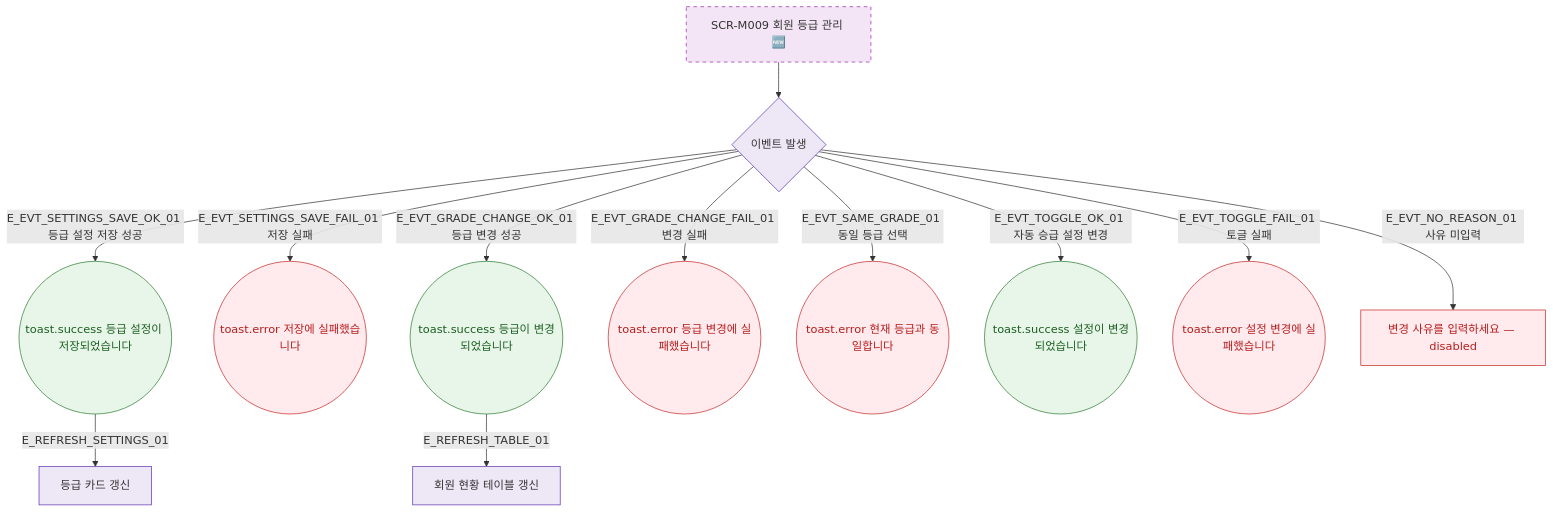
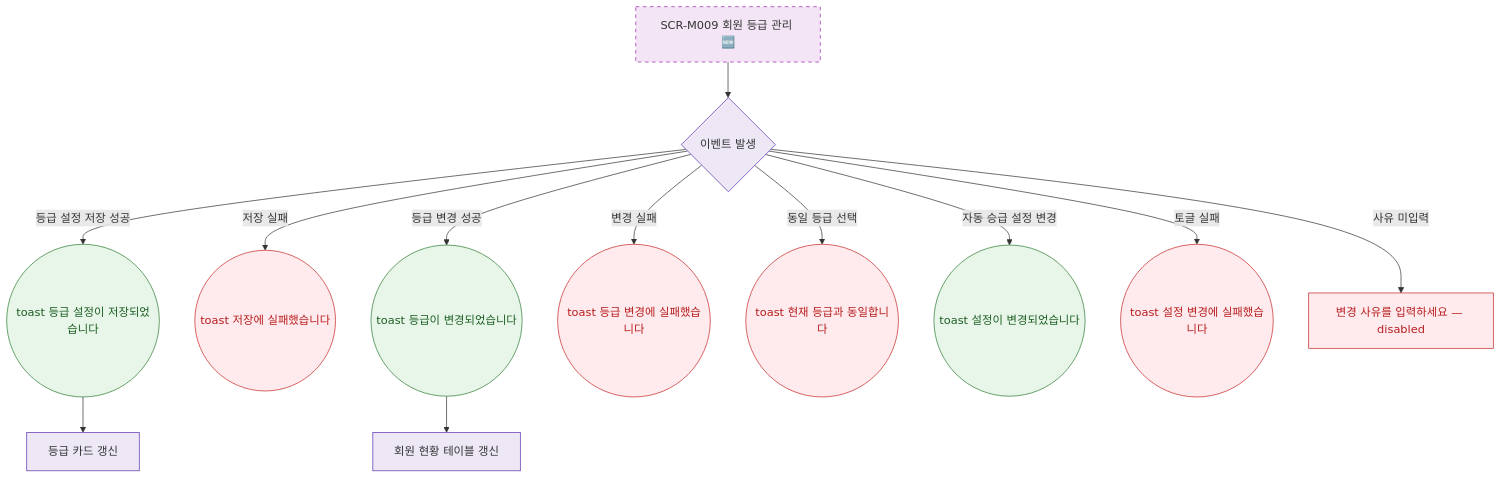
One commit to dev-spogym/admin-pando changed the diagram in docs/다이어그램/D02_회원관리/SCR-M009_등급관리/F9_토스트피드백.md. Above: the diagram before and after it, drawn with Mermaid. The commit also changed other lines of this file and 1660 other files, not shown here.

First line of the commit message:
다이어그램: 기획자/클라이언트 납품본으로 정리

````diff
--- a/docs/다이어그램/D02_회원관리/SCR-M009_등급관리/F9_토스트피드백.md
+++ b/docs/다이어그램/D02_회원관리/SCR-M009_등급관리/F9_토스트피드백.md
@@ -22,28 +20,28 @@
 ```mermaid
 flowchart TD
   SCR_M009[SCR-M009 회원 등급 관리 🆕]
 
   SCR_M009 --> EVT{이벤트 발생}
 
-  EVT -->|E_EVT_SETTINGS_SAVE_OK_01 등급 설정 저장 성공| TOAST_SETTINGS_OK((toast.success 등급 설정이 저장되었습니다))
-  EVT -->|E_EVT_SETTINGS_SAVE_FAIL_01 저장 실패| TOAST_SETTINGS_ERR((toast.error 저장에 실패했습니다))
-  EVT -->|E_EVT_GRADE_CHANGE_OK_01 등급 변경 성공| TOAST_GRADE_OK((toast.success 등급이 변경되었습니다))
-  EVT -->|E_EVT_GRADE_CHANGE_FAIL_01 변경 실패| TOAST_GRADE_ERR((toast.error 등급 변경에 실패했습니다))
-  EVT -->|E_EVT_SAME_GRADE_01 동일 등급 선택| TOAST_SAME((toast.error 현재 등급과 동일합니다))
-  EVT -->|E_EVT_TOGGLE_OK_01 자동 승급 설정 변경| TOAST_TOGGLE_OK((toast.success 설정이 변경되었습니다))
-  EVT -->|E_EVT_TOGGLE_FAIL_01 토글 실패| TOAST_TOGGLE_ERR((toast.error 설정 변경에 실패했습니다))
-  EVT -->|E_EVT_NO_REASON_01 사유 미입력| FIELD_ERR[변경 사유를 입력하세요 — disabled]
+  EVT -->|등급 설정 저장 성공|TOAST_SETTINGS_OK((toast 등급 설정이 저장되었습니다))
+  EVT -->|저장 실패|TOAST_SETTINGS_ERR((toast 저장에 실패했습니다))
+  EVT -->|등급 변경 성공|TOAST_GRADE_OK((toast 등급이 변경되었습니다))
+  EVT -->|변경 실패|TOAST_GRADE_ERR((toast 등급 변경에 실패했습니다))
+  EVT -->|동일 등급 선택|TOAST_SAME((toast 현재 등급과 동일합니다))
+  EVT -->|자동 승급 설정 변경|TOAST_TOGGLE_OK((toast 설정이 변경되었습니다))
+  EVT -->|토글 실패|TOAST_TOGGLE_ERR((toast 설정 변경에 실패했습니다))
+  EVT -->|사유 미입력|FIELD_ERR[변경 사유를 입력하세요 — disabled]
 
-  TOAST_SETTINGS_OK -->|E_REFRESH_SETTINGS_01| REFRESH_CARDS[등급 카드 갱신]
-  TOAST_GRADE_OK    -->|E_REFRESH_TABLE_01| REFRESH_TABLE[회원 현황 테이블 갱신]
+  TOAST_SETTINGS_OK --> REFRESH_CARDS[등급 카드 갱신]
+  TOAST_GRADE_OK --> REFRESH_TABLE[회원 현황 테이블 갱신]
 
   classDef newFeature fill:#F3E5F5,stroke:#9C27B0,stroke-dasharray:5 5
-  classDef success    fill:#E8F5E9,stroke:#2E7D32,color:#1B5E20
-  classDef error      fill:#FFEBEE,stroke:#C62828,color:#B71C1C
-  classDef system     fill:#EDE7F6,stroke:#5E35B2
+  classDef success fill:#E8F5E9,stroke:#2E7D32,color:#1B5E20
+  classDef error fill:#FFEBEE,stroke:#C62828,color:#B71C1C
+  classDef system fill:#EDE7F6,stroke:#5E35B2
 
   class SCR_M009 newFeature
   class TOAST_SETTINGS_OK,TOAST_GRADE_OK,TOAST_TOGGLE_OK success
   class TOAST_SETTINGS_ERR,TOAST_GRADE_ERR,TOAST_SAME,TOAST_TOGGLE_ERR,FIELD_ERR error
   class EVT,REFRESH_CARDS,REFRESH_TABLE system
 ```
````
